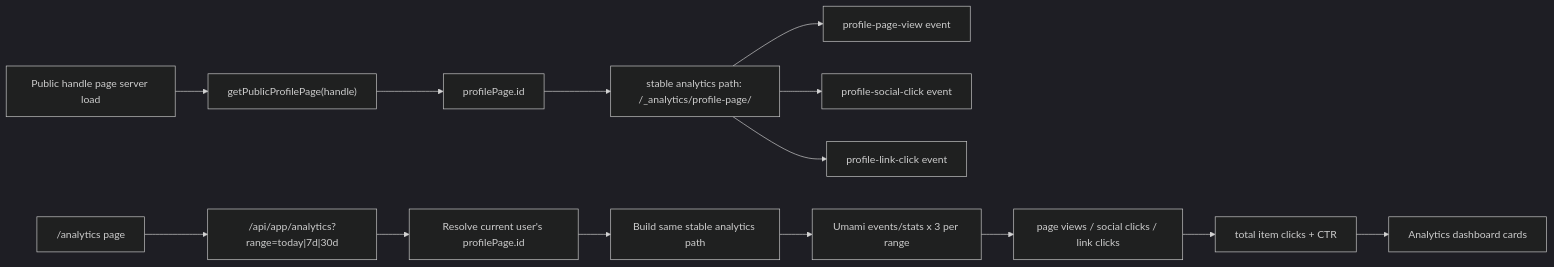
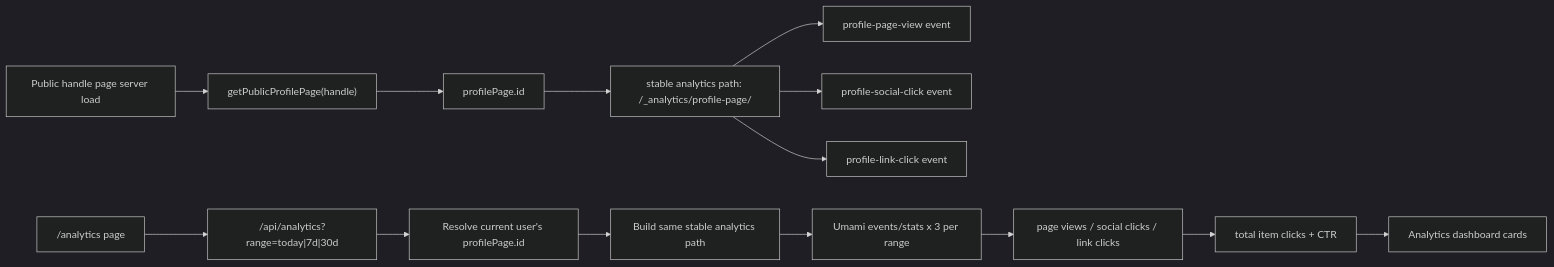
The diagram in docs/plans/2026-04-23-001-feat-umami-profile-analytics-plan.md (justhumanb2ing/Harune), drawn with Mermaid (dark theme) before and after one commit. The commit also changed other lines of this file and 15 other files, not shown here.

````diff
--- a/docs/plans/2026-04-23-001-feat-umami-profile-analytics-plan.md
+++ b/docs/plans/2026-04-23-001-feat-umami-profile-analytics-plan.md
@@ -130,17 +130,17 @@
 ```mermaid
 flowchart LR
   A["Public handle page server load"] --> B["getPublicProfilePage(handle)"]
   B --> C["profilePage.id"]
   C --> D["stable analytics path: /_analytics/profile-page/<id>"]
   D --> E["profile-page-view event"]
   D --> F["profile-social-click event"]
   D --> G["profile-link-click event"]
 
-  H["/analytics page"] --> I["/api/app/analytics?range=today|7d|30d"]
+  H["/analytics page"] --> I["/api/analytics?range=today|7d|30d"]
   I --> J["Resolve current user's profilePage.id"]
   J --> K["Build same stable analytics path"]
   K --> L["Umami events/stats x 3 per range"]
   L --> M["page views / social clicks / link clicks"]
   M --> N["total item clicks + CTR"]
   N --> O["Analytics dashboard cards"]
 ```
````
